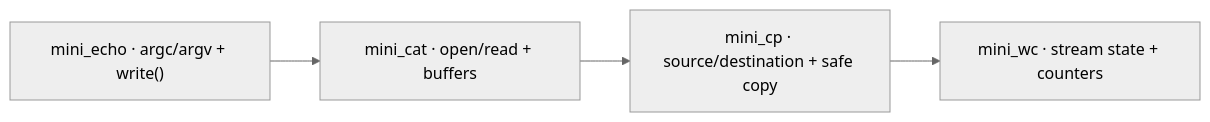
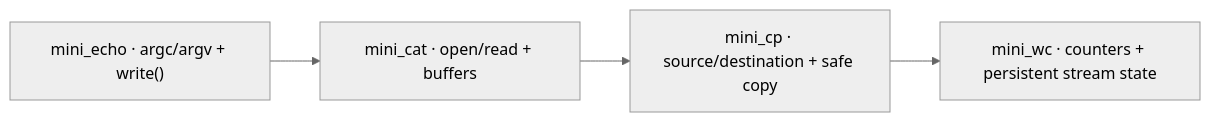
One commit to maximecoia/unix-toolbox changed the diagram in README.md. Above: the diagram before and after it, drawn with Mermaid (neutral theme). The commit also changed other lines of this file and 4 other files, not shown here.

````diff
--- a/README.md
+++ b/README.md
@@ -35,9 +35,9 @@
 ```mermaid
 flowchart LR
     E["mini_echo · argc/argv + write()"]
     C["mini_cat · open/read + buffers"]
     P["mini_cp · source/destination + safe copy"]
-    W["mini_wc · stream state + counters"]
+    W["mini_wc · counters + persistent stream state"]
 
     E --> C --> P --> W
 ```
````
